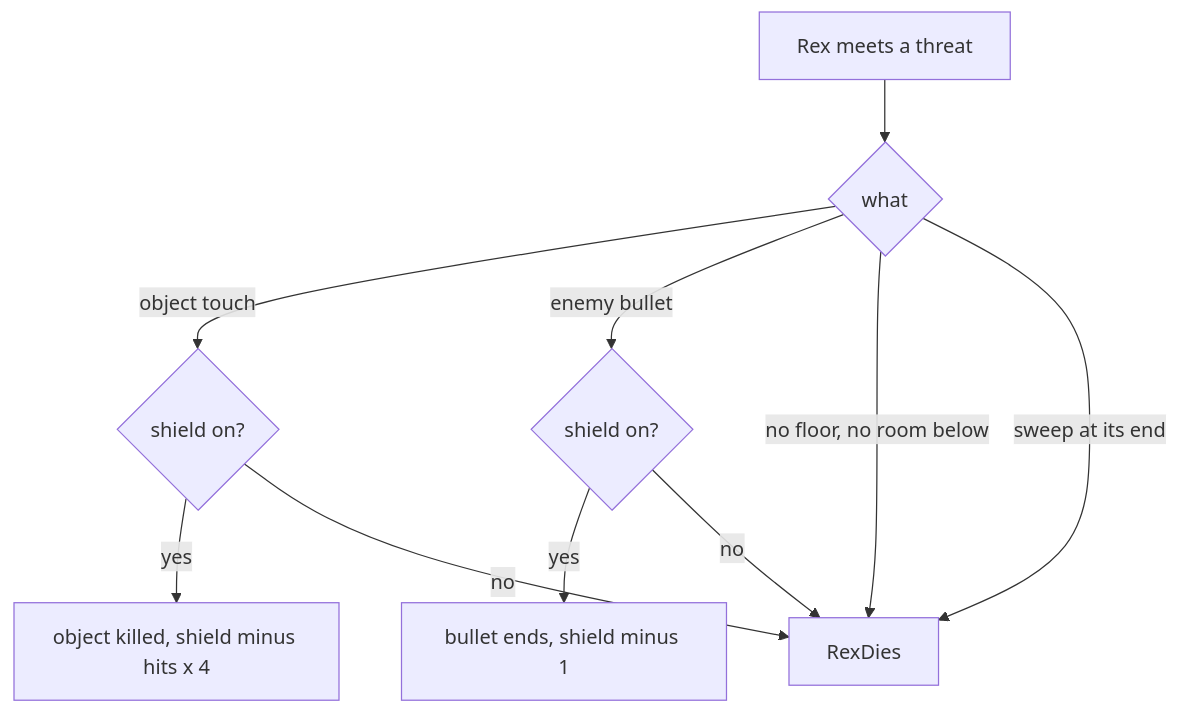
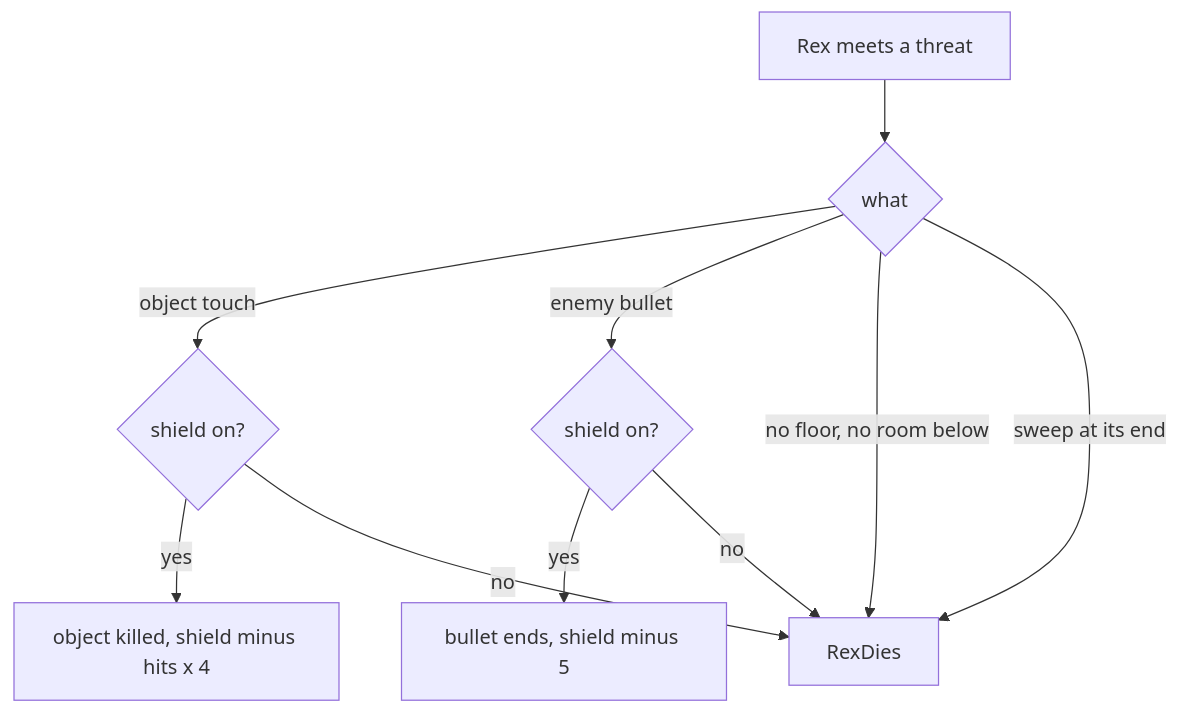
Before and after one commit to alfishe/unrealng-reverse-cases: diagram 14 of 20 in games/rex/docs/10-gameplay-logic.md, drawn with Mermaid. The commit also changed other lines of this file and 39 other files, not shown here.

````diff
--- a/games/rex/docs/10-gameplay-logic.md
+++ b/games/rex/docs/10-gameplay-logic.md
@@ -1142,12 +1143,12 @@
 ```mermaid
 flowchart TD
     T["Rex meets a threat"] --> K{"what"}
     K -- "object touch" --> S{"shield on?"}
     K -- "enemy bullet" --> S2{"shield on?"}
     K -- "no floor, no room below" --> D["RexDies"]
     K -- "sweep at its end" --> D
     S -- yes --> KO["object killed, shield minus hits x 4"]
     S -- no --> D
-    S2 -- yes --> B["bullet ends, shield minus 1"]
+    S2 -- yes --> B["bullet ends, shield minus 5"]
     S2 -- no --> D
 ```
````
